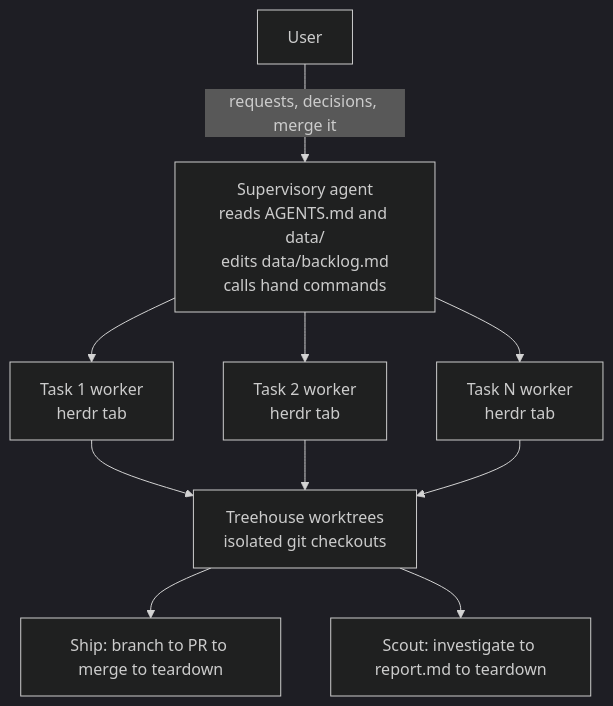
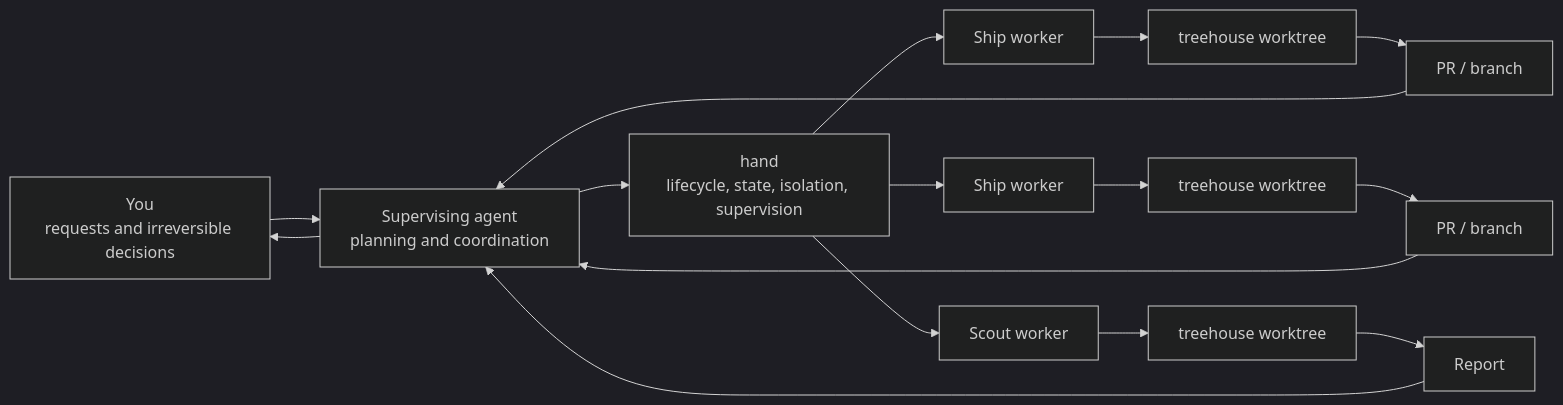
Before and after one commit to atqamz/hand: the third of 3 diagrams in README.md, drawn with Mermaid (dark theme). The commit also changed other lines of this file and 1 other file, not shown here.

````diff
--- a/README.md
+++ b/README.md
@@ -85,12 +326,22 @@
 ```mermaid
-flowchart TD
-    user[User] -->|"requests, decisions, merge it"| supervisor["Supervisory agent<br/>reads AGENTS.md and data/<br/>edits data/backlog.md<br/>calls hand commands"]
-    supervisor --> task1["Task 1 worker<br/>herdr tab"]
-    supervisor --> task2["Task 2 worker<br/>herdr tab"]
-    supervisor --> taskN["Task N worker<br/>herdr tab"]
-    task1 --> worktrees["Treehouse worktrees<br/>isolated git checkouts"]
-    task2 --> worktrees
-    taskN --> worktrees
-    worktrees --> ship["Ship: branch to PR to merge to teardown"]
-    worktrees --> scout["Scout: investigate to report.md to teardown"]
+flowchart LR
+    user["You<br/>requests and irreversible decisions"] --> supervisor["Supervising agent<br/>planning and coordination"]
+    supervisor --> hand["hand<br/>lifecycle, state, isolation, supervision"]
+
+    hand --> worker1["Ship worker"]
+    hand --> worker2["Ship worker"]
+    hand --> scout["Scout worker"]
+
+    worker1 --> tree1["treehouse worktree"]
+    worker2 --> tree2["treehouse worktree"]
+    scout --> tree3["treehouse worktree"]
+
+    tree1 --> pr1["PR / branch"]
+    tree2 --> pr2["PR / branch"]
+    tree3 --> report["Report"]
+
+    pr1 --> supervisor
+    pr2 --> supervisor
+    report --> supervisor
+    supervisor --> user
 ```
````
